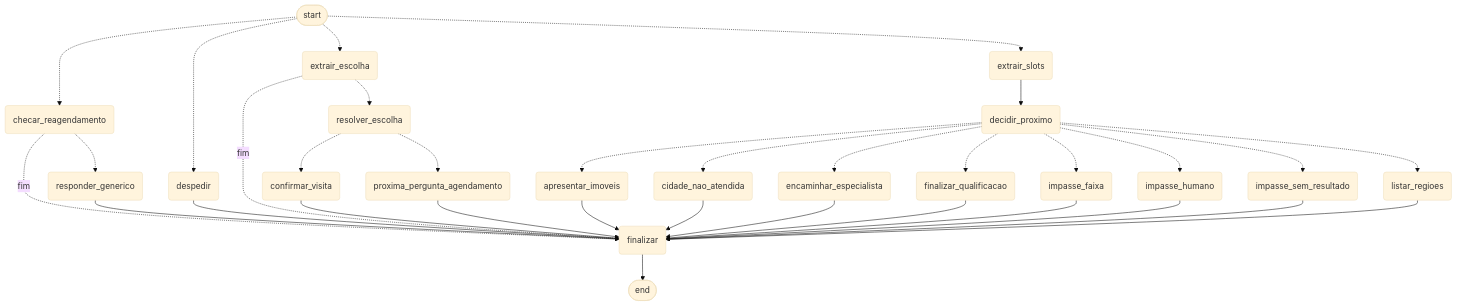
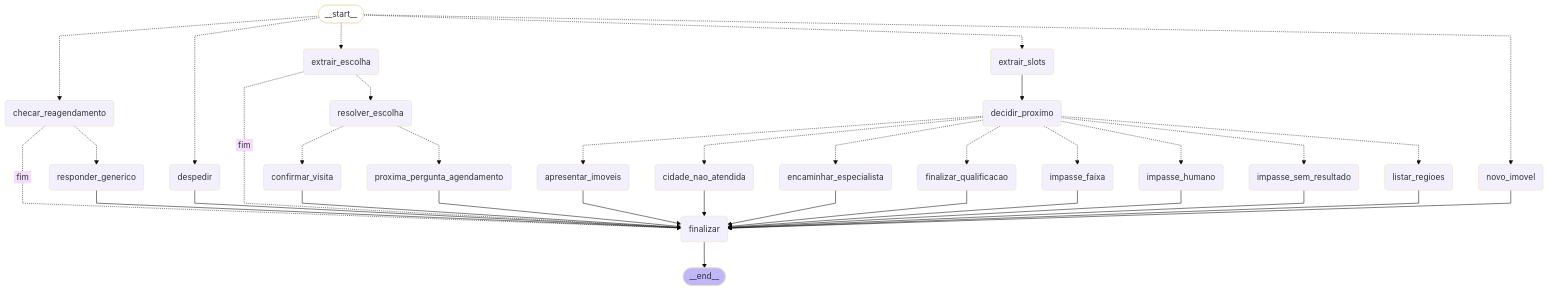
Before and after one commit to pos-fiap-ia-devs/Hackathon-fase-5: the second of 2 diagrams in ARQUITETURA.md, drawn with Mermaid (base theme). The commit also changed other lines of this file and 4 other files, not shown here.

````diff
--- a/ARQUITETURA.md
+++ b/ARQUITETURA.md
@@ -75,55 +83,66 @@
 ```mermaid
-graph TD
-	__start__([start]):::first
+---
+config:
+  flowchart:
+    curve: linear
+---
+graph TD;
+	__start__([<p>__start__</p>]):::first
 	extrair_slots(extrair_slots)
 	decidir_proximo(decidir_proximo)
 	apresentar_imoveis(apresentar_imoveis)
 	encaminhar_especialista(encaminhar_especialista)
 	listar_regioes(listar_regioes)
 	cidade_nao_atendida(cidade_nao_atendida)
 	impasse_faixa(impasse_faixa)
 	impasse_sem_resultado(impasse_sem_resultado)
 	impasse_humano(impasse_humano)
 	finalizar_qualificacao(finalizar_qualificacao)
 	extrair_escolha(extrair_escolha)
 	resolver_escolha(resolver_escolha)
 	confirmar_visita(confirmar_visita)
 	proxima_pergunta_agendamento(proxima_pergunta_agendamento)
 	checar_reagendamento(checar_reagendamento)
 	responder_generico(responder_generico)
 	despedir(despedir)
+	novo_imovel(novo_imovel)
 	finalizar(finalizar)
-	__end__([end]):::last
-	__start__ -.-> checar_reagendamento
-	__start__ -.-> despedir
-	__start__ -.-> extrair_escolha
-	__start__ -.-> extrair_slots
-	apresentar_imoveis --> finalizar
-	checar_reagendamento -. fim .-> finalizar
-	checar_reagendamento -.-> responder_generico
-	cidade_nao_atendida --> finalizar
-	confirmar_visita --> finalizar
-	decidir_proximo -.-> apresentar_imoveis
-	decidir_proximo -.-> cidade_nao_atendida
-	decidir_proximo -.-> encaminhar_especialista
-	decidir_proximo -.-> finalizar_qualificacao
-	decidir_proximo -.-> impasse_faixa
-	decidir_proximo -.-> impasse_humano
-	decidir_proximo -.-> impasse_sem_resultado
-	decidir_proximo -.-> listar_regioes
-	despedir --> finalizar
-	encaminhar_especialista --> finalizar
-	extrair_escolha -. fim .-> finalizar
-	extrair_escolha -.-> resolver_escolha
-	extrair_slots --> decidir_proximo
-	finalizar_qualificacao --> finalizar
-	impasse_faixa --> finalizar
-	impasse_humano --> finalizar
-	impasse_sem_resultado --> finalizar
-	listar_regioes --> finalizar
-	proxima_pergunta_agendamento --> finalizar
-	resolver_escolha -.-> confirmar_visita
-	resolver_escolha -.-> proxima_pergunta_agendamento
-	responder_generico --> finalizar
-	finalizar --> __end__
+	__end__([<p>__end__</p>]):::last
+	__start__ -.-> checar_reagendamento;
+	__start__ -.-> despedir;
+	__start__ -.-> extrair_escolha;
+	__start__ -.-> extrair_slots;
+	__start__ -.-> novo_imovel;
+	apresentar_imoveis --> finalizar;
+	checar_reagendamento -. &nbsp;fim&nbsp; .-> finalizar;
+	checar_reagendamento -.-> responder_generico;
+	cidade_nao_atendida --> finalizar;
+	confirmar_visita --> finalizar;
+	decidir_proximo -.-> apresentar_imoveis;
+	decidir_proximo -.-> cidade_nao_atendida;
+	decidir_proximo -.-> encaminhar_especialista;
+	decidir_proximo -.-> finalizar_qualificacao;
+	decidir_proximo -.-> impasse_faixa;
+	decidir_proximo -.-> impasse_humano;
+	decidir_proximo -.-> impasse_sem_resultado;
+	decidir_proximo -.-> listar_regioes;
+	despedir --> finalizar;
+	encaminhar_especialista --> finalizar;
+	extrair_escolha -. &nbsp;fim&nbsp; .-> finalizar;
+	extrair_escolha -.-> resolver_escolha;
+	extrair_slots --> decidir_proximo;
+	finalizar_qualificacao --> finalizar;
+	impasse_faixa --> finalizar;
+	impasse_humano --> finalizar;
+	impasse_sem_resultado --> finalizar;
+	listar_regioes --> finalizar;
+	novo_imovel --> finalizar;
+	proxima_pergunta_agendamento --> finalizar;
+	resolver_escolha -.-> confirmar_visita;
+	resolver_escolha -.-> proxima_pergunta_agendamento;
+	responder_generico --> finalizar;
+	finalizar --> __end__;
+	classDef default fill:#f2f0ff,line-height:1.2
+	classDef first fill-opacity:0
+	classDef last fill:#bfb6fc
 ```
````
